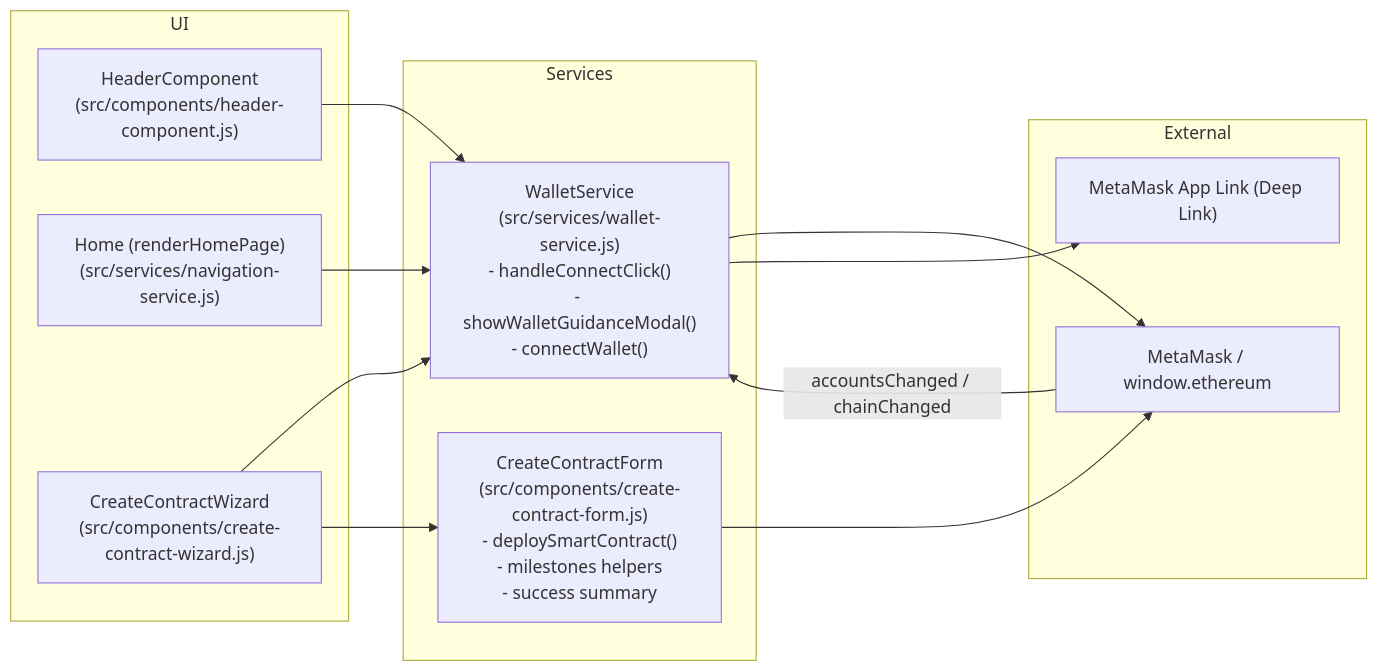
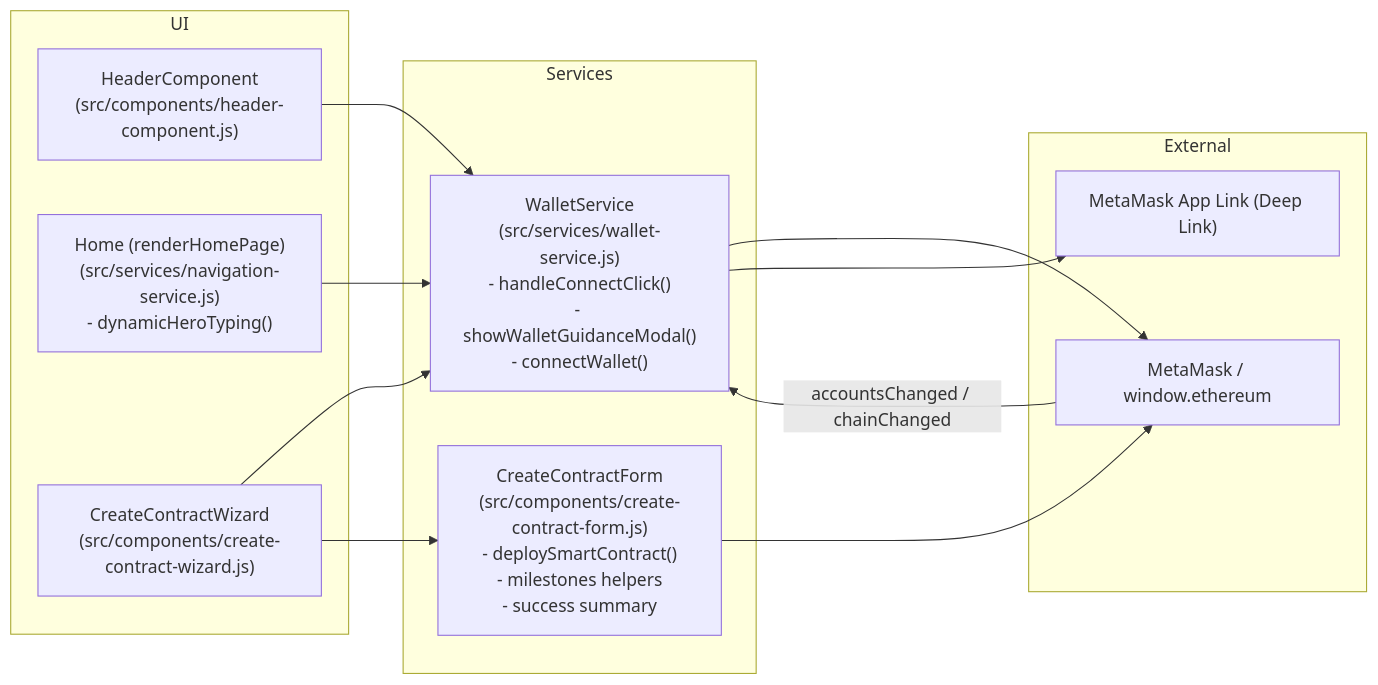
The diagram in .architecture/modules/frontend.mmd (Dkubitz/Deal-FiV2), drawn with Mermaid before and after one commit. The commit also changed 3 other files, not shown here.

```diff
--- a/.architecture/modules/frontend.mmd
+++ b/.architecture/modules/frontend.mmd
@@ -1,29 +1,29 @@
 flowchart LR
   %% Frontend module view (onboarding + criação)
 
   subgraph UI["UI"]
     HEADER["HeaderComponent\n(src/components/header-component.js)"]
-    HOME["Home (renderHomePage)\n(src/services/navigation-service.js)"]
+    HOME["Home (renderHomePage)\n(src/services/navigation-service.js)\n- dynamicHeroTyping()"]
     CREATE_WIZ["CreateContractWizard\n(src/components/create-contract-wizard.js)"]
   end
 
   subgraph SVC["Services"]
     WALLET["WalletService\n(src/services/wallet-service.js)\n- handleConnectClick()\n- showWalletGuidanceModal()\n- connectWallet()"]
     CREATE_FORM["CreateContractForm\n(src/components/create-contract-form.js)\n- deploySmartContract()\n- milestones helpers\n- success summary"]
   end
 
   subgraph EXT["External"]
     MM["MetaMask / window.ethereum"]
     MMDL["MetaMask App Link (Deep Link)"]
   end
 
   HEADER --> WALLET
   HOME --> WALLET
   CREATE_WIZ --> WALLET
   CREATE_WIZ --> CREATE_FORM
   WALLET --> MM
   WALLET --> MMDL
 
   MM -- accountsChanged / chainChanged --> WALLET
 
   CREATE_FORM --> MM
```
